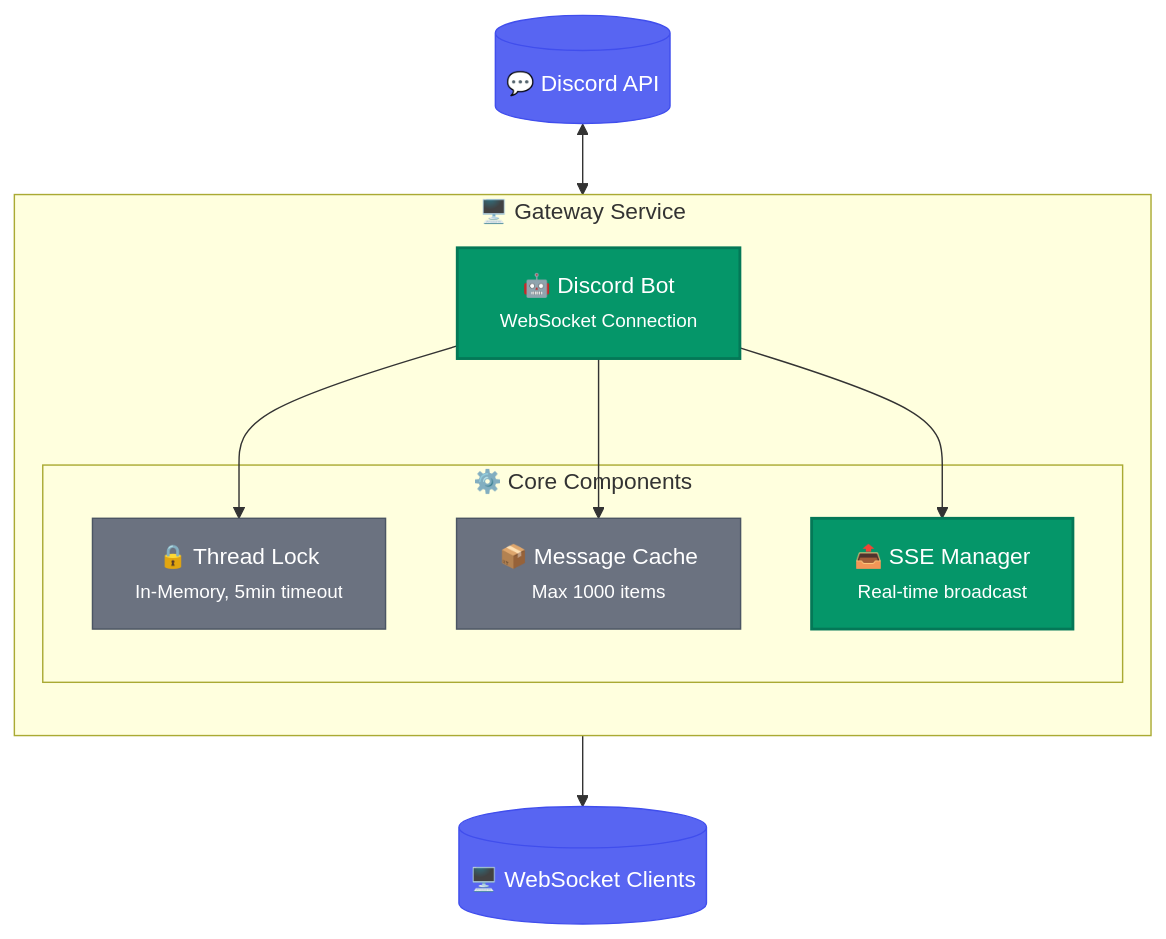
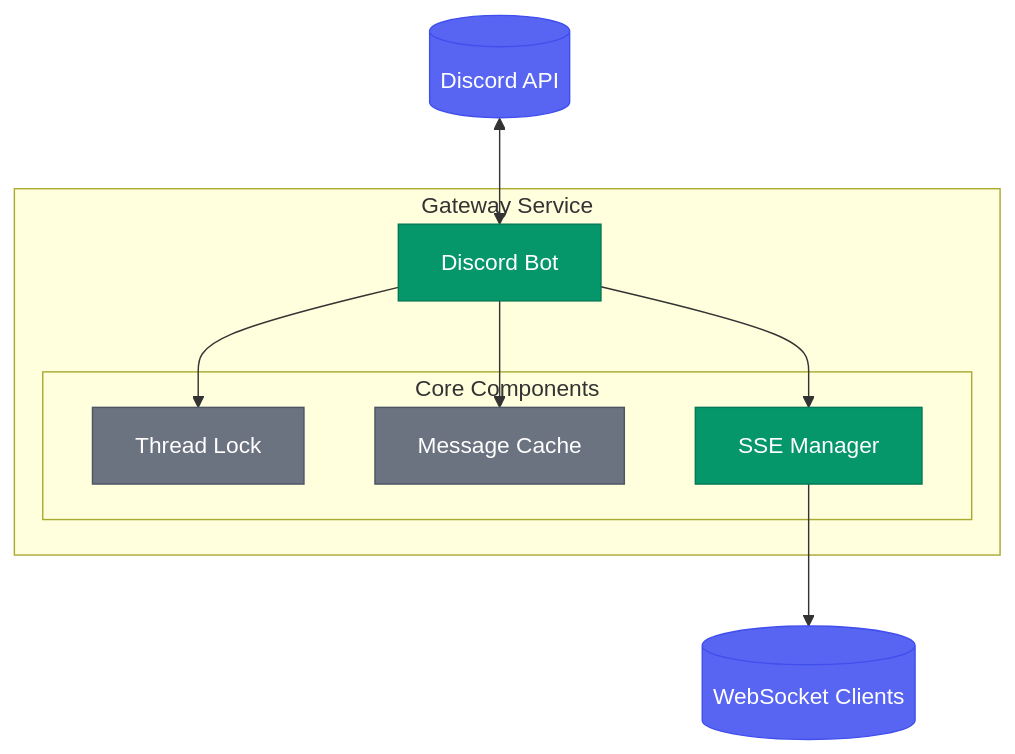
One commit to yarang/blogs changed the third of 8 diagrams in content/en/post/2026-03-01-013-discord-gateway-mcp-architecture-design.md. Above: the diagram before and after it, drawn with Mermaid. The commit also changed other lines of this file and 1 other file, not shown here.

First line of the commit message:
Fix Mermaid parsing errors for web rendering

````diff
--- a/content/en/post/2026-03-01-013-discord-gateway-mcp-architecture-design.md
+++ b/content/en/post/2026-03-01-013-discord-gateway-mcp-architecture-design.md
@@ -179,25 +175,22 @@
 ```mermaid
 flowchart TB
-    %% Style definitions
-    classDef gateway fill:#059669,stroke:#047857,color:#fff,stroke-width:2px
+    classDef gateway fill:#059669,stroke:#047857,color:#fff
     classDef storage fill:#6B7280,stroke:#4B5563,color:#fff
     classDef external fill:#5865F2,stroke:#404EED,color:#fff
 
-    subgraph Gateway["🖥️ Gateway Service"]
-        direction TB
+    subgraph Gateway["Gateway Service"]
+        Bot["Discord Bot"]:::gateway
 
-        Bot["🤖 Discord Bot<br/><small>WebSocket Connection</small>"]:::gateway
-
-        subgraph Core["⚙️ Core Components"]
-            Lock["🔒 Thread Lock<br/><small>In-Memory, 5min timeout</small>"]:::storage
-            Cache["📦 Message Cache<br/><small>Max 1000 items</small>"]:::storage
-            SSE["📤 SSE Manager<br/><small>Real-time broadcast</small>"]:::gateway
+        subgraph Core["Core Components"]
+            Lock["Thread Lock"]:::storage
+            Cache["Message Cache"]:::storage
+            SSE["SSE Manager"]:::gateway
         end
     end
 
-    Discord[("💬 Discord API")]:::external <--> Bot
+    Discord[("Discord API")]:::external <--> Bot
     Bot --> Lock
     Bot --> Cache
     Bot --> SSE
-    SSE --> Clients[("🖥️ WebSocket Clients")]:::external
+    SSE --> Clients[("WebSocket Clients")]:::external
 ```
````
